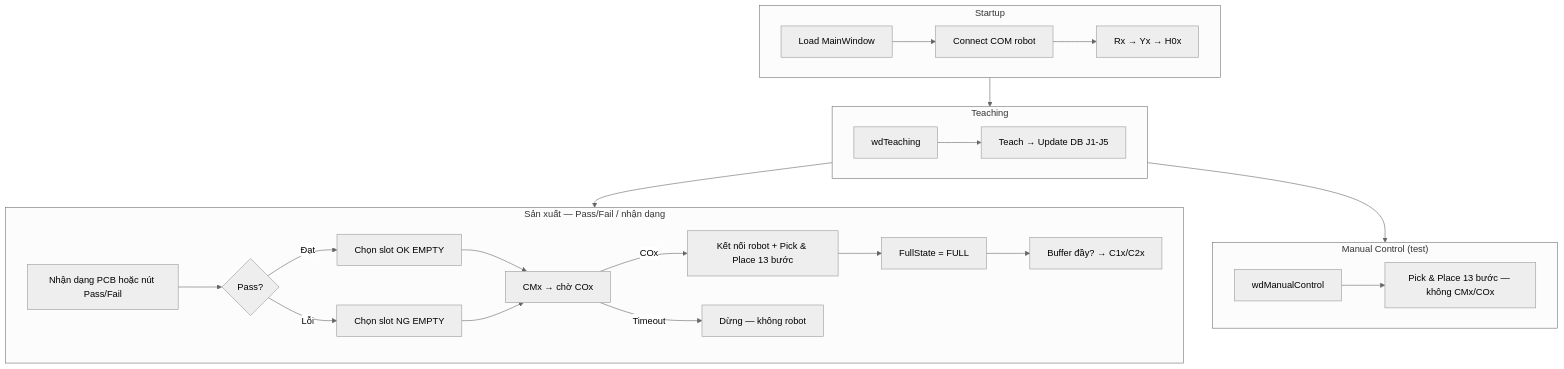
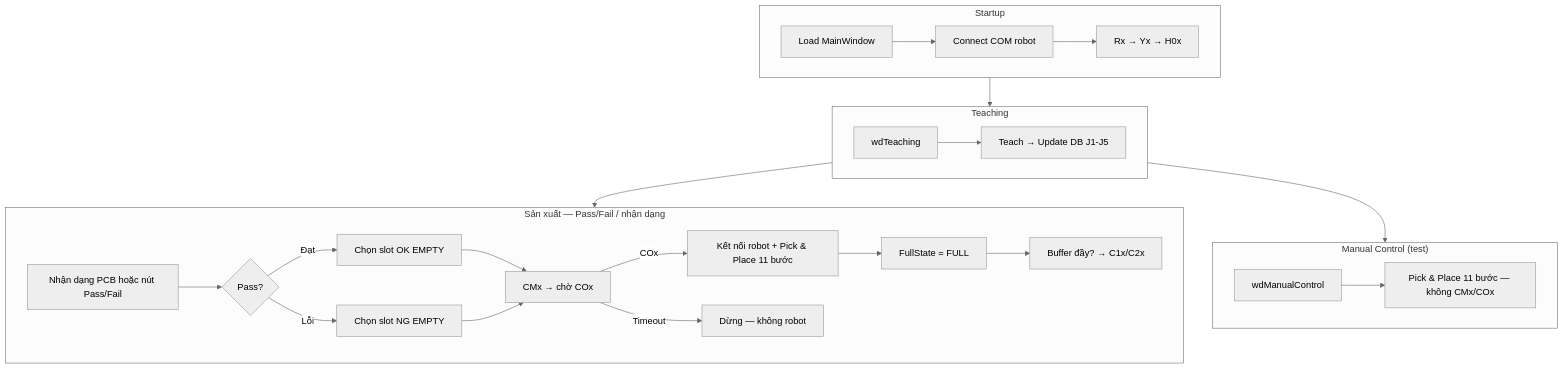
Before and after one commit to cmsang/haui: the seventh of 7 diagrams in Haui.PCB/docs/ROBOT_WORKFLOW.md, drawn with Mermaid (neutral theme). The commit also changed other lines of this file and 11 other files, not shown here.

````diff
--- a/Haui.PCB/docs/ROBOT_WORKFLOW.md
+++ b/Haui.PCB/docs/ROBOT_WORKFLOW.md
@@ -393,41 +462,41 @@
 ```mermaid
 flowchart TB
     subgraph Startup
         S1[Load MainWindow]
         S2[Connect COM robot]
         S3[Rx → Yx → H0x]
         S1 --> S2 --> S3
     end
 
     subgraph Teaching
         T1[wdTeaching]
         T2[Teach → Update DB J1-J5]
         T1 --> T2
     end
 
     subgraph Production["Sản xuất — Pass/Fail / nhận dạng"]
         P1[Nhận dạng PCB hoặc nút Pass/Fail]
         P2{Pass?}
         P3[Chọn slot OK EMPTY]
         P4[Chọn slot NG EMPTY]
         P5[CMx → chờ COx]
-        P6[Kết nối robot + Pick & Place 13 bước]
+        P6[Kết nối robot + Pick & Place 11 bước]
         P7[FullState = FULL]
         P8[Buffer đầy? → C1x/C2x]
         P1 --> P2
         P2 -->|Đạt| P3 --> P5
         P2 -->|Lỗi| P4 --> P5
         P5 -->|COx| P6 --> P7 --> P8
         P5 -->|Timeout| P9[Dừng — không robot]
     end
 
     subgraph Manual["Manual Control (test)"]
         M1[wdManualControl]
-        M2[Pick & Place 13 bước — không CMx/COx]
+        M2[Pick & Place 11 bước — không CMx/COx]
         M1 --> M2
     end
 
     Startup --> Teaching
     Teaching --> Production
     Teaching --> Manual
 ```
````
